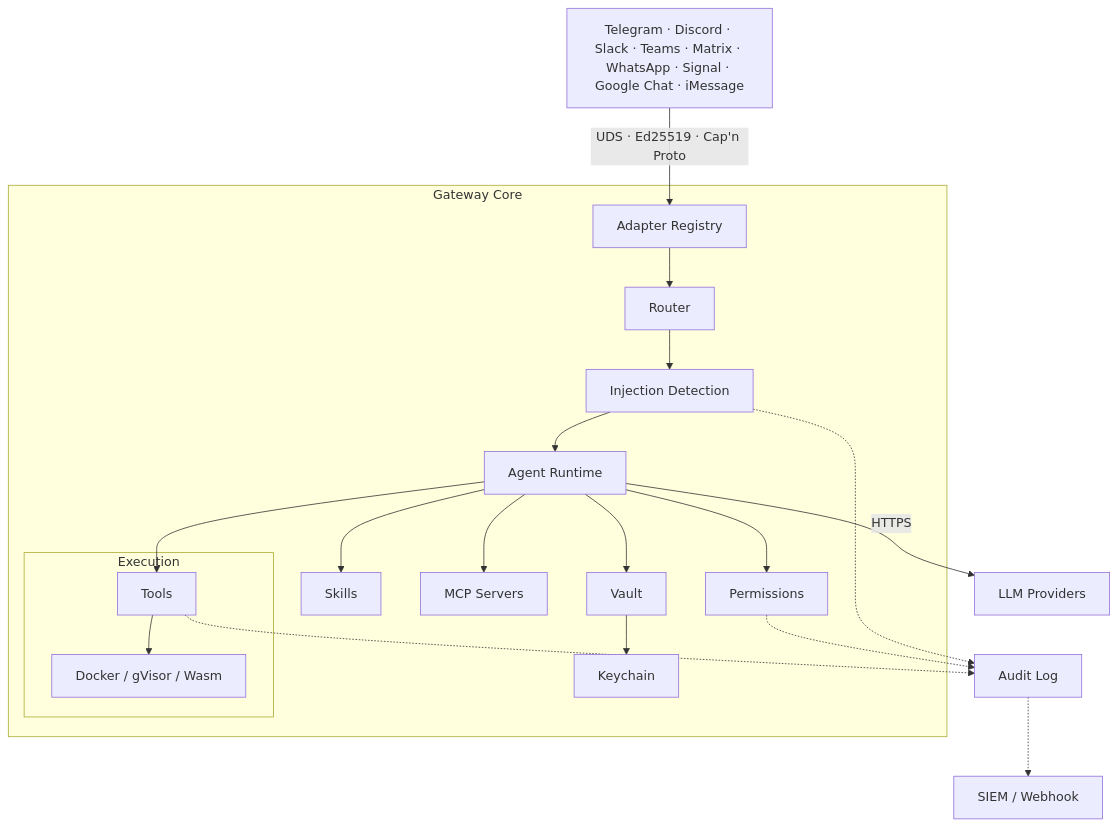
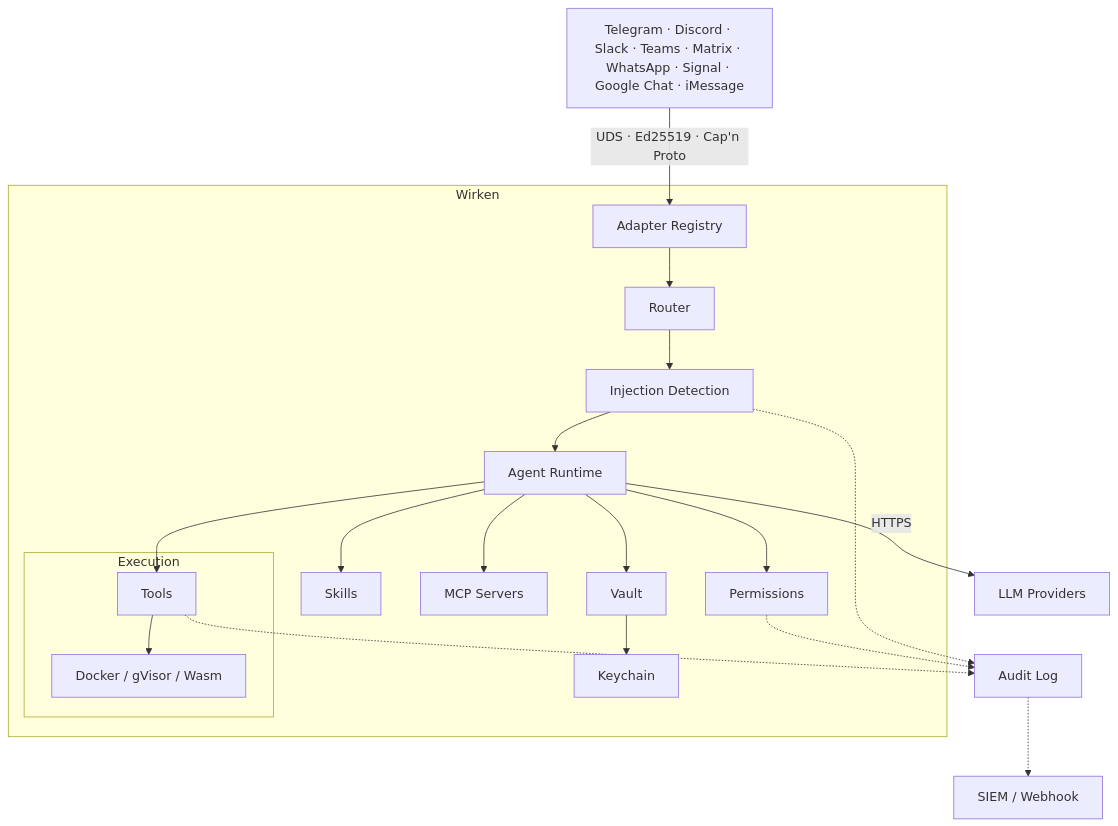
One commit to gebruder/wirken changed the diagram in README.md. Above: the diagram before and after it, drawn with Mermaid.

Commit message:
rename Gateway Core to Wirken in diagram

````diff
--- a/README.md
+++ b/README.md
@@ -76,27 +76,27 @@
 ```mermaid
 graph TD
     Channels["Telegram · Discord · Slack · Teams · Matrix · WhatsApp · Signal · Google Chat · iMessage"]
     Channels -- "UDS · Ed25519 · Cap'n Proto" --> Registry
 
-    subgraph Gateway["Gateway Core"]
+    subgraph Gateway["Wirken"]
         Registry[Adapter Registry] --> Router
         Router --> Detect[Injection Detection]
         Detect --> Agent[Agent Runtime]
         Agent --> Permissions
         Agent --> Skills
         Agent --> MCP[MCP Servers]
         Agent --> Tools
         Agent --> Vault --> Keychain
 
         subgraph Execution
             Tools --> Sandbox[Docker / gVisor / Wasm]
         end
     end
 
     Agent -- HTTPS --> LLM[LLM Providers]
 
     Detect -.-> Audit
     Permissions -.-> Audit
     Tools -.-> Audit
     Audit[Audit Log] -.-> SIEM[SIEM / Webhook]
 ```
````
